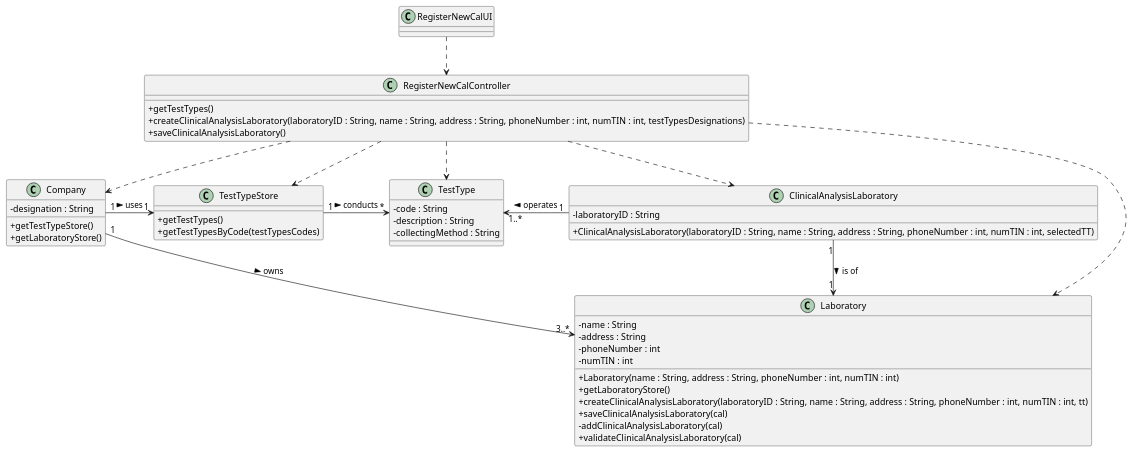
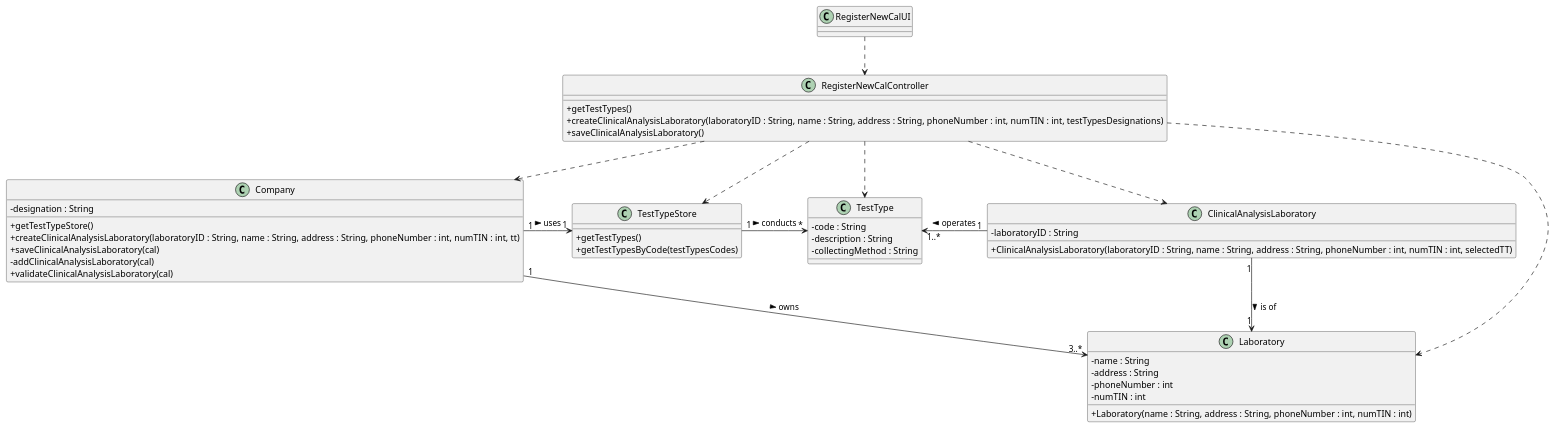
Before and after one commit to ana-albergaria/LAPR2-ISEP: the diagram in docs/SprintB/US_8/US8_CD.puml, drawn with PlantUML. The commit also changed 2 other files, not shown here.

Commit message:
Correcting Diagrams due to Dtos

```diff
--- a/docs/SprintB/US_8/US8_CD.puml
+++ b/docs/SprintB/US_8/US8_CD.puml
@@ -1,100 +1,98 @@
 @startuml
 skinparam classAttributeIconSize 0
 
 /'
 class App {
 +{static} getInstance() : App
 +getCurrentSession() : UserSession
 }
 '/
 /'
 class UserSession {
 +isLoggedInWithRole() : boolean
 }
 '/
 
 class Laboratory {
 -name : String
 -address : String
 -phoneNumber : int
 -numTIN : int
 +Laboratory(name : String, address : String, phoneNumber : int, numTIN : int)
-+getLaboratoryStore()
-+createClinicalAnalysisLaboratory(laboratoryID : String, name : String, address : String, phoneNumber : int, numTIN : int, tt)
-+saveClinicalAnalysisLaboratory(cal)
--addClinicalAnalysisLaboratory(cal)
-+validateClinicalAnalysisLaboratory(cal)
 }
 
 class ClinicalAnalysisLaboratory {
 -laboratoryID : String
 +ClinicalAnalysisLaboratory(laboratoryID : String, name : String, address : String, phoneNumber : int, numTIN : int, selectedTT)
 }
 
 class TestType {
 - code : String
 - description : String
 - collectingMethod : String
 }
 
 class Company {
 -designation : String
 +getTestTypeStore()
-+getLaboratoryStore()
++createClinicalAnalysisLaboratory(laboratoryID : String, name : String, address : String, phoneNumber : int, numTIN : int, tt)
++saveClinicalAnalysisLaboratory(cal)
+-addClinicalAnalysisLaboratory(cal)
++validateClinicalAnalysisLaboratory(cal)
 /'+getTestTypes()
 +getTestTypesByDesignation(selectedTestTypes)'/
 }
 
 class TestTypeStore {
 +getTestTypes()
 +getTestTypesByCode(testTypesCodes)
 }
 
 /'
 class LaboratoryStore {
 +createClinicalAnalysisLaboratory(laboratoryID : String, name : String, address : String, phoneNumber : int, numTIN : int, tt)
 +saveClinicalAnalysisLaboratory(cal)
 -addClinicalAnalysisLaboratory(cal)
 +validateClinicalAnalysisLaboratory(cal)
 }'/
 
 class RegisterNewCalController {
 +getTestTypes()
 +createClinicalAnalysisLaboratory(laboratoryID : String, name : String, address : String, phoneNumber : int, numTIN : int, testTypesDesignations)
 +saveClinicalAnalysisLaboratory()
 }
 
 class RegisterNewCalUI {}
 
 RegisterNewCalUI ..> RegisterNewCalController
 RegisterNewCalController ..> Laboratory
 RegisterNewCalController ..> TestType
 RegisterNewCalController ..> ClinicalAnalysisLaboratory
 RegisterNewCalController ..> Company
 RegisterNewCalController ..> TestTypeStore
 /'RegisterNewCalController ..> App
 RegisterNewCalController ..> UserSession'/
 
 
 
 Company "1" -> "1" TestTypeStore : uses >
 TestTypeStore "1" -> "*" TestType : conducts >
 /'VERIFICAR MULTIPLICIDADE LINHA ABAIXO'/
 ClinicalAnalysisLaboratory "1" --> "1" Laboratory : is of >
 /'Laboratory "1" --> "1" LaboratoryStore : uses >'/
 Company "1" --> "3..*" Laboratory : owns >
 ClinicalAnalysisLaboratory "1" -> "1..*" TestType : operates >
 
 /'TestTypeStore -[hidden]-> LaboratoryStore'/
 
 TestType -[hidden]down-> ClinicalAnalysisLaboratory
 
 
 
 /'Laboratory <|-- ClinicalAnalysisLaboratory'/
 
 
 
 
 
 @enduml
```
